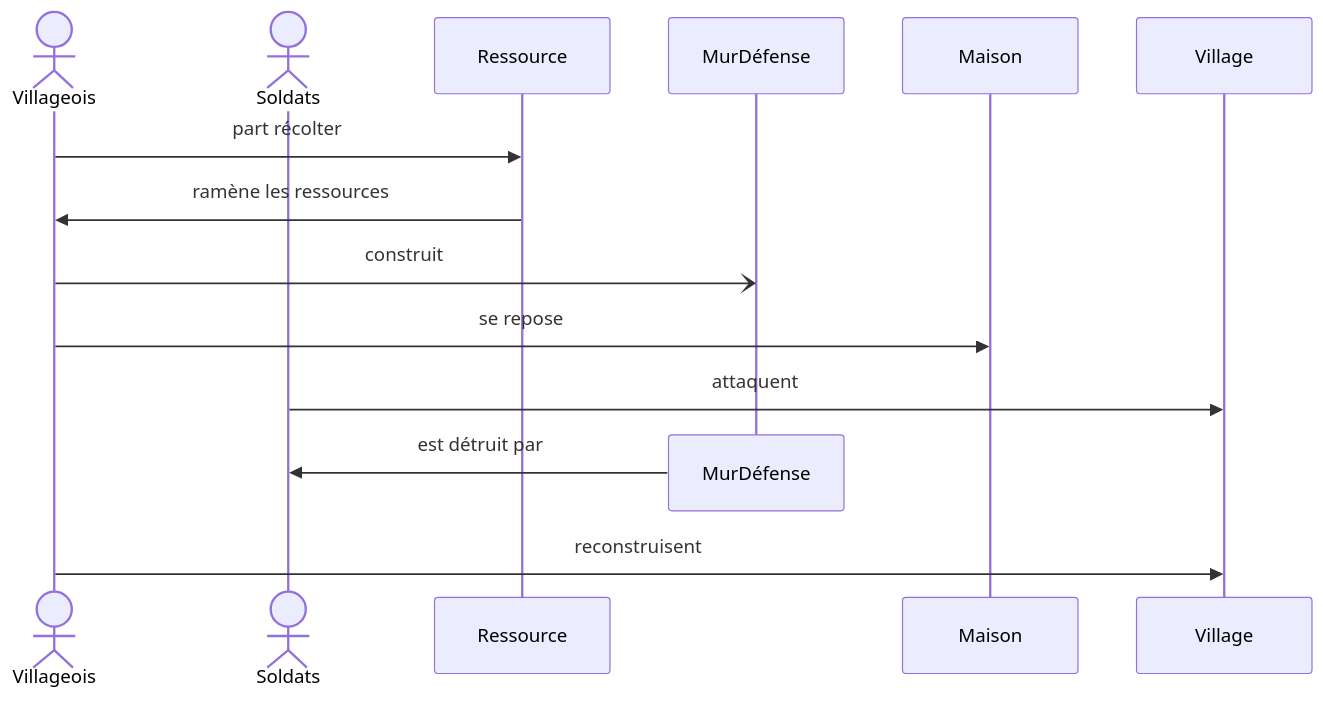
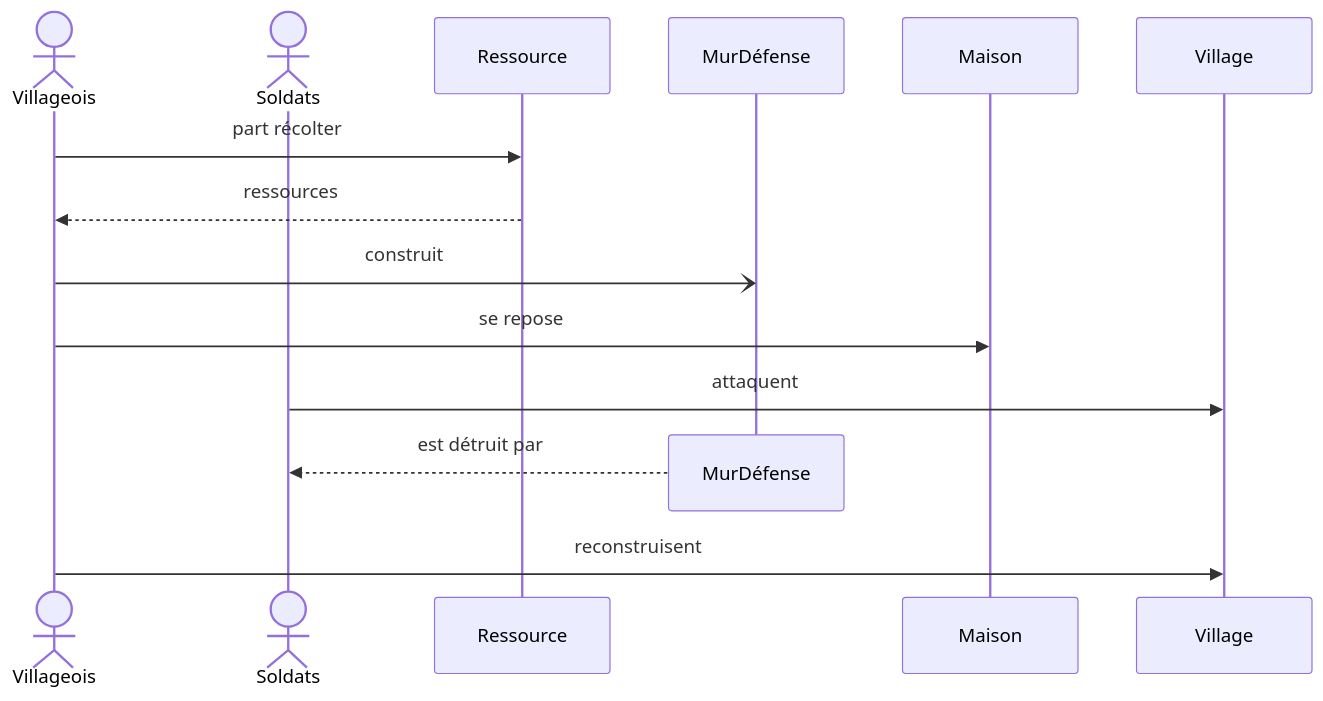
Before and after one commit to CharlotteCharrier/brief08: the second of 2 diagrams in src/README.md, drawn with Mermaid.

Commit message:
tdiagramme sequence brief9

`````diff
--- a/src/README.md
+++ b/src/README.md
@@ -97,14 +97,14 @@
 ````mermaid
 sequenceDiagram
     actor Villageois
     actor Soldats
     Villageois->>Ressource: part récolter
-    Ressource->>Villageois: ramène les ressources
+    Ressource-->>Villageois: ressources
     Villageois-)MurDéfense: construit
     Villageois->>Maison: se repose
     Soldats->>Village: attaquent
     destroy MurDéfense
-    MurDéfense->>Soldats: est détruit par
+    MurDéfense-->>Soldats: est détruit par
     Villageois->>Village: reconstruisent
 
 ````
`````
